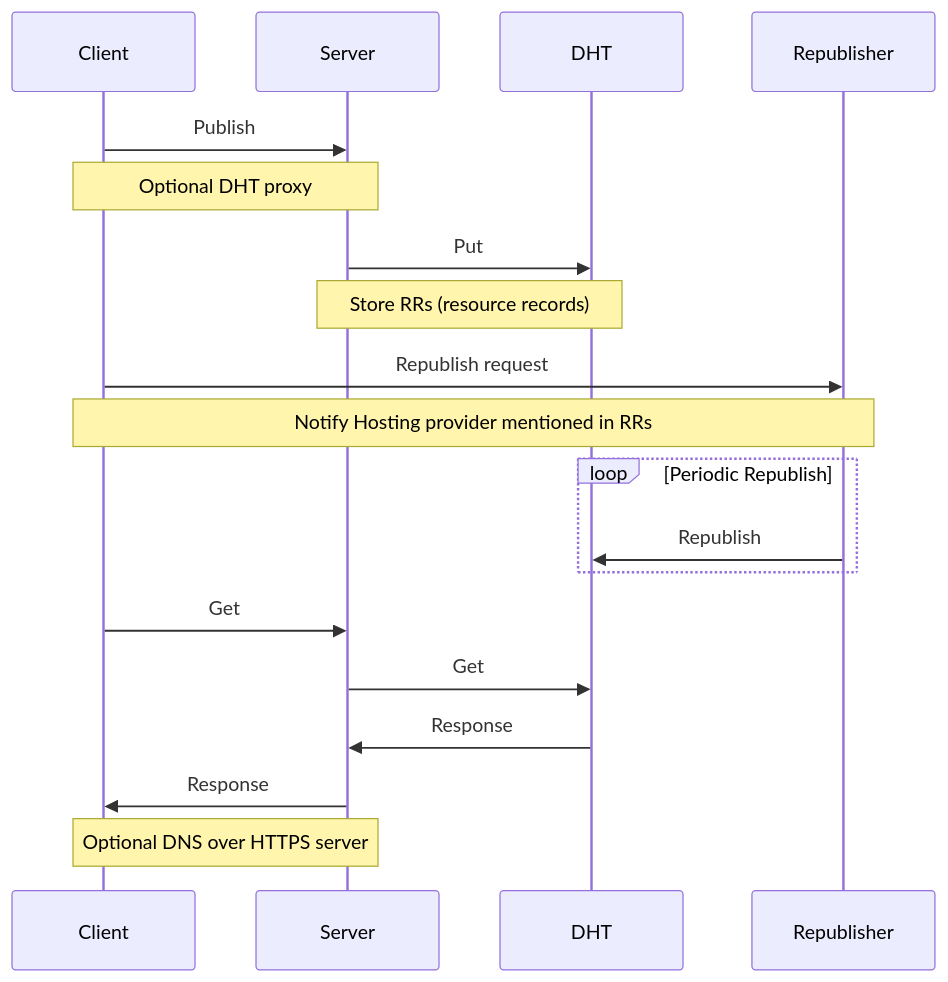
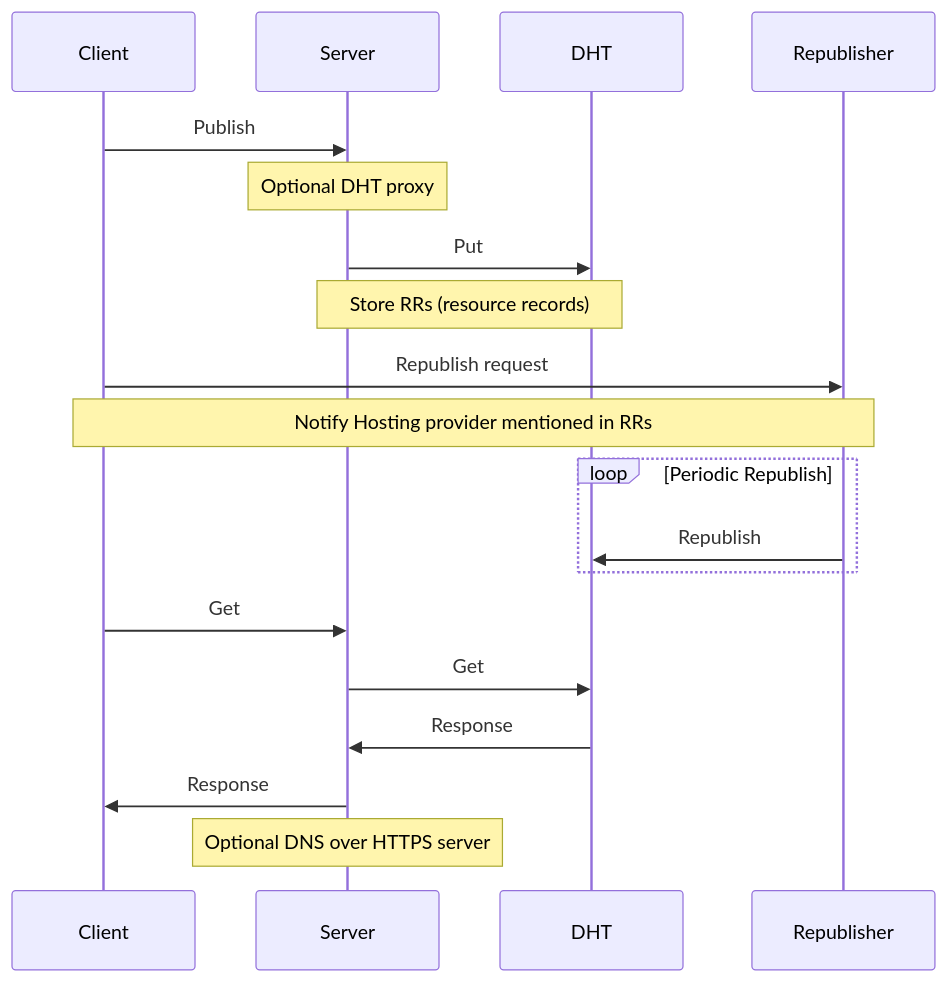
The diagram in README.md (pubky/pkarr), drawn with Mermaid before and after one commit. The commit also changed other lines of this file and 1 other file, not shown here.

Commit message:
example(web app): throttle storing records for performance (brotli)

````diff
--- a/README.md
+++ b/README.md
@@ -31,25 +31,25 @@
 ```mermaid
 sequenceDiagram
     participant Client
     participant Server
     participant DHT
     participant Republisher
 
     Client->>Server: Publish
-    note over Client, Server: Optional DHT proxy
+    note over Server: Optional DHT proxy
     Server->>DHT: Put
     Note over Server,DHT: Store RRs (resource records)
 
     Client->>Republisher: Republish request
     note over Client, Republisher: Notify Hosting provider mentioned in RRs
 
     loop Periodic Republish
         Republisher->>DHT: Republish
     end
 
     Client->>Server: Get
     Server->>DHT: Get
     DHT->>Server: Response
     Server->>Client: Response
-    note over Client, Server: Optional DNS over HTTPS server
+    note over  Server: Optional DNS over HTTPS server
 ```
````
